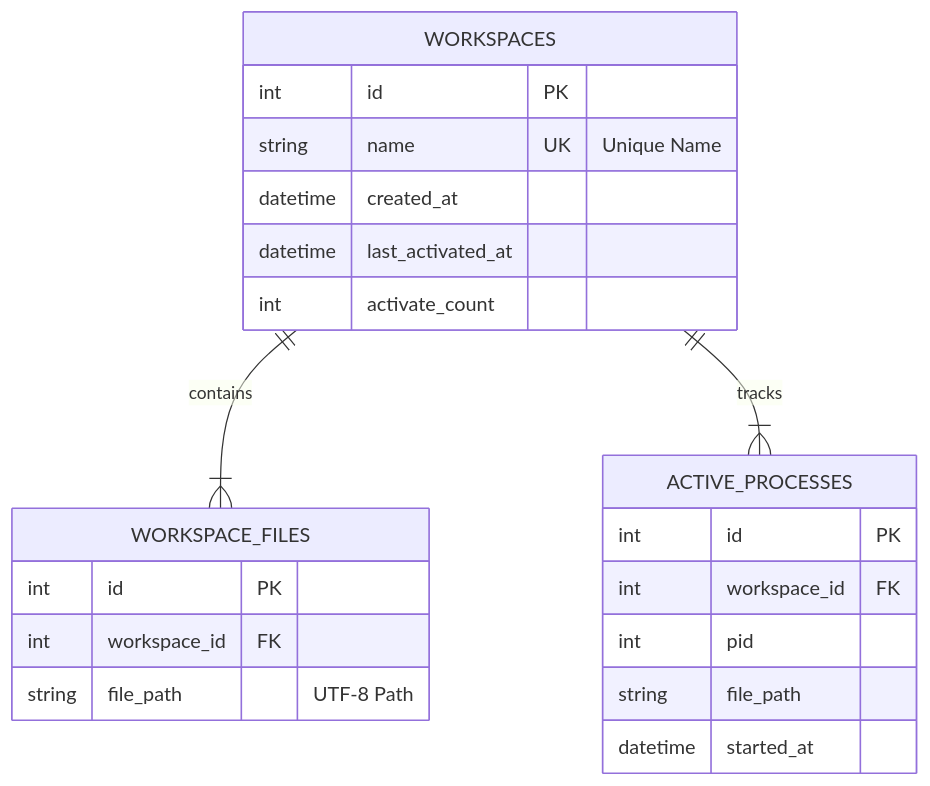
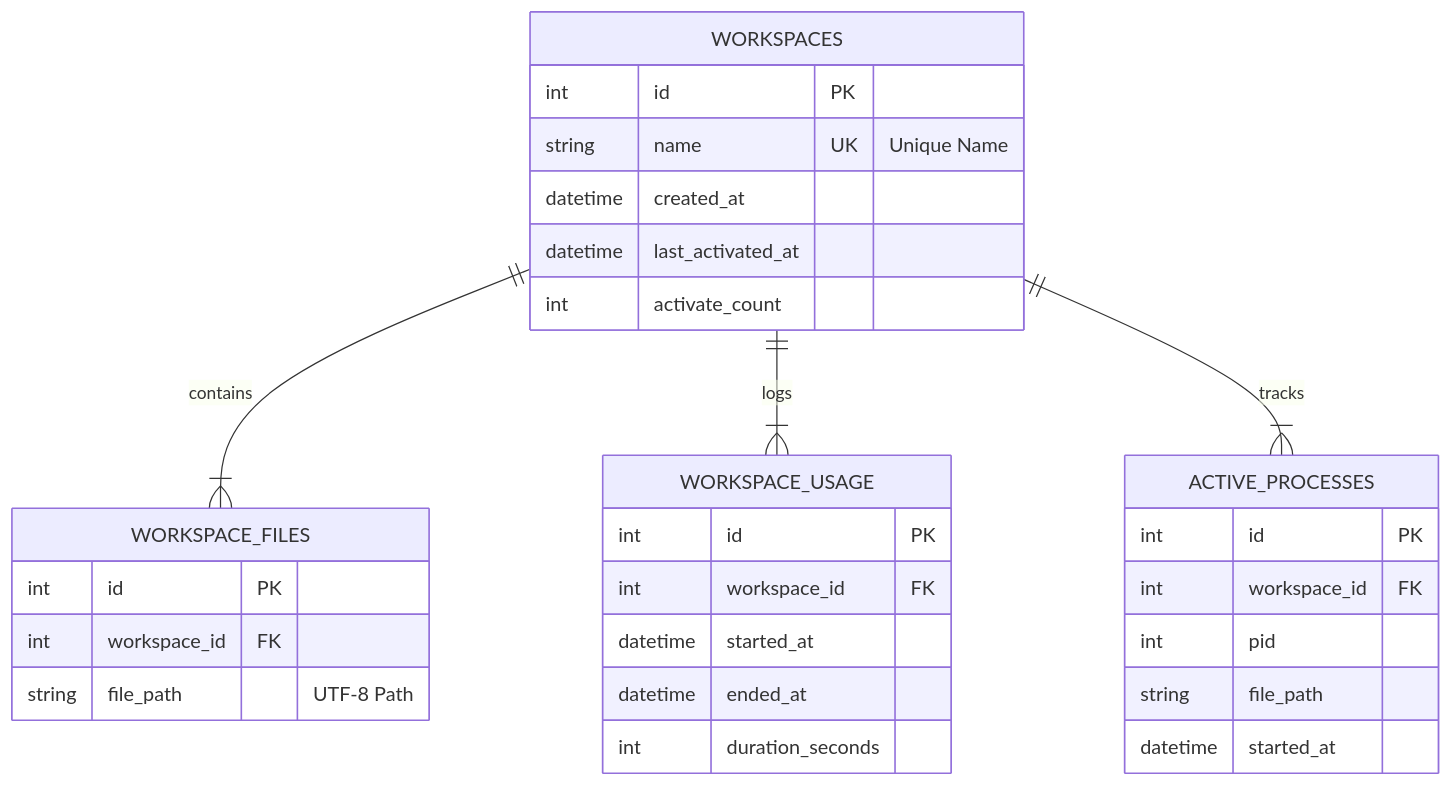
One commit to tbkmax/QuickStart_cli changed the second of 2 diagrams in design.md. Above: the diagram before and after it, drawn with Mermaid. The commit also changed other lines of this file and 5 other files, not shown here.

Commit message:
feat: Implement core workspace management with database persistence, process tracking, and usage logging.

````diff
--- a/design.md
+++ b/design.md
@@ -50,24 +50,32 @@
 ```mermaid
 erDiagram
     WORKSPACES {
         int id PK
         string name UK "Unique Name"
         datetime created_at
         datetime last_activated_at
         int activate_count
     }
     WORKSPACE_FILES {
         int id PK
         int workspace_id FK
         string file_path "UTF-8 Path"
     }
+    WORKSPACE_USAGE {
+        int id PK
+        int workspace_id FK
+        datetime started_at
+        datetime ended_at
+        int duration_seconds
+    }
     ACTIVE_PROCESSES {
         int id PK
         int workspace_id FK
         int pid
         string file_path
         datetime started_at
     }
     WORKSPACES ||--|{ WORKSPACE_FILES : contains
+    WORKSPACES ||--|{ WORKSPACE_USAGE : logs
     WORKSPACES ||--|{ ACTIVE_PROCESSES : tracks
 ```
````
